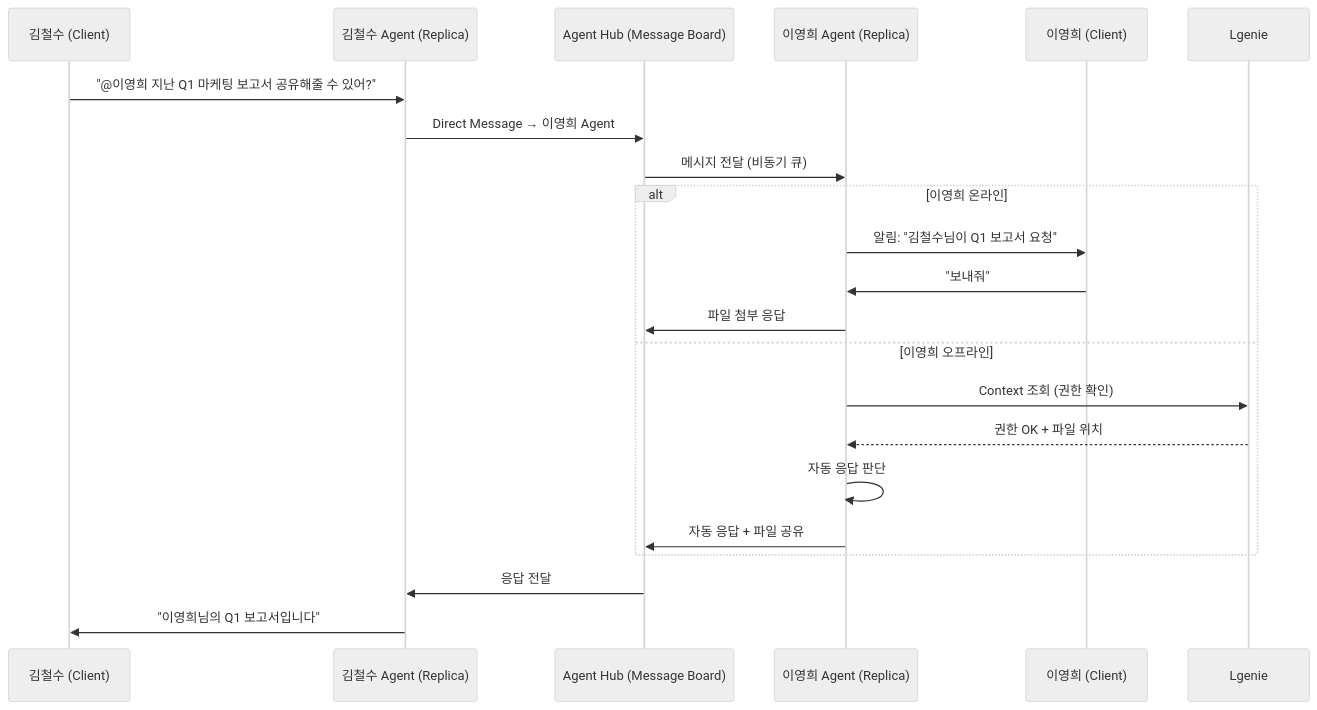
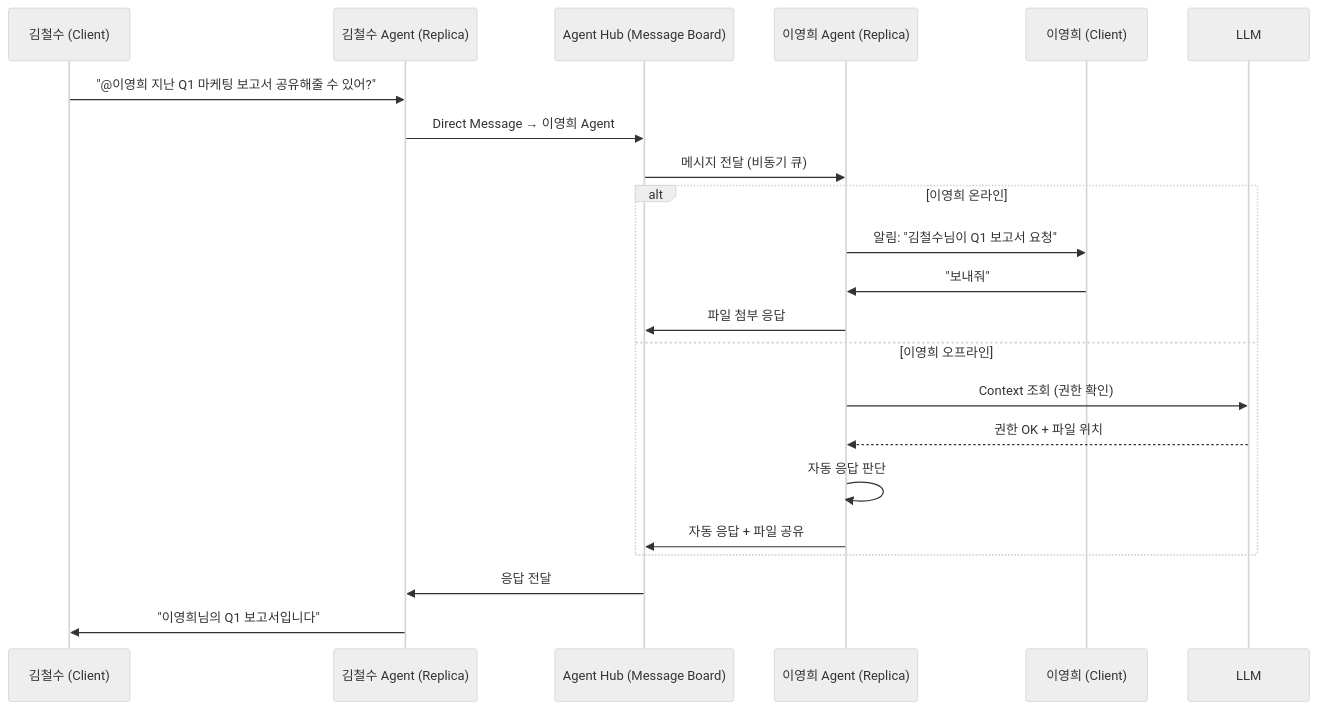
Before and after one commit to lvis-project/lvis-app: diagram 15 of 21 in docs/architecture/architecture.reference.md, drawn with Mermaid (neutral theme). The commit also changed other lines of this file and 86 other files, not shown here.

````diff
--- a/docs/architecture/architecture.reference.md
+++ b/docs/architecture/architecture.reference.md
@@ -721,27 +721,27 @@
 ```mermaid
 sequenceDiagram
     participant UserA as 김철수 (Client)
     participant AgentA as 김철수 Agent (Replica)
     participant Hub as Agent Hub (Message Board)
     participant AgentB as 이영희 Agent (Replica)
     participant UserB as 이영희 (Client)
-    participant Lgenie as Lgenie
+    participant LLM as LLM
 
     UserA->>AgentA: "@이영희 지난 Q1 마케팅 보고서 공유해줄 수 있어?"
     AgentA->>Hub: Direct Message → 이영희 Agent
     Hub->>AgentB: 메시지 전달 (비동기 큐)
     
     alt 이영희 온라인
         AgentB->>UserB: 알림: "김철수님이 Q1 보고서 요청"
         UserB->>AgentB: "보내줘"
         AgentB->>Hub: 파일 첨부 응답
     else 이영희 오프라인
-        AgentB->>Lgenie: Context 조회 (권한 확인)
-        Lgenie-->>AgentB: 권한 OK + 파일 위치
+        AgentB->>LLM: Context 조회 (권한 확인)
+        LLM-->>AgentB: 권한 OK + 파일 위치
         AgentB->>AgentB: 자동 응답 판단
         AgentB->>Hub: 자동 응답 + 파일 공유
     end
     
     Hub->>AgentA: 응답 전달
     AgentA->>UserA: "이영희님의 Q1 보고서입니다"
 ```
````
